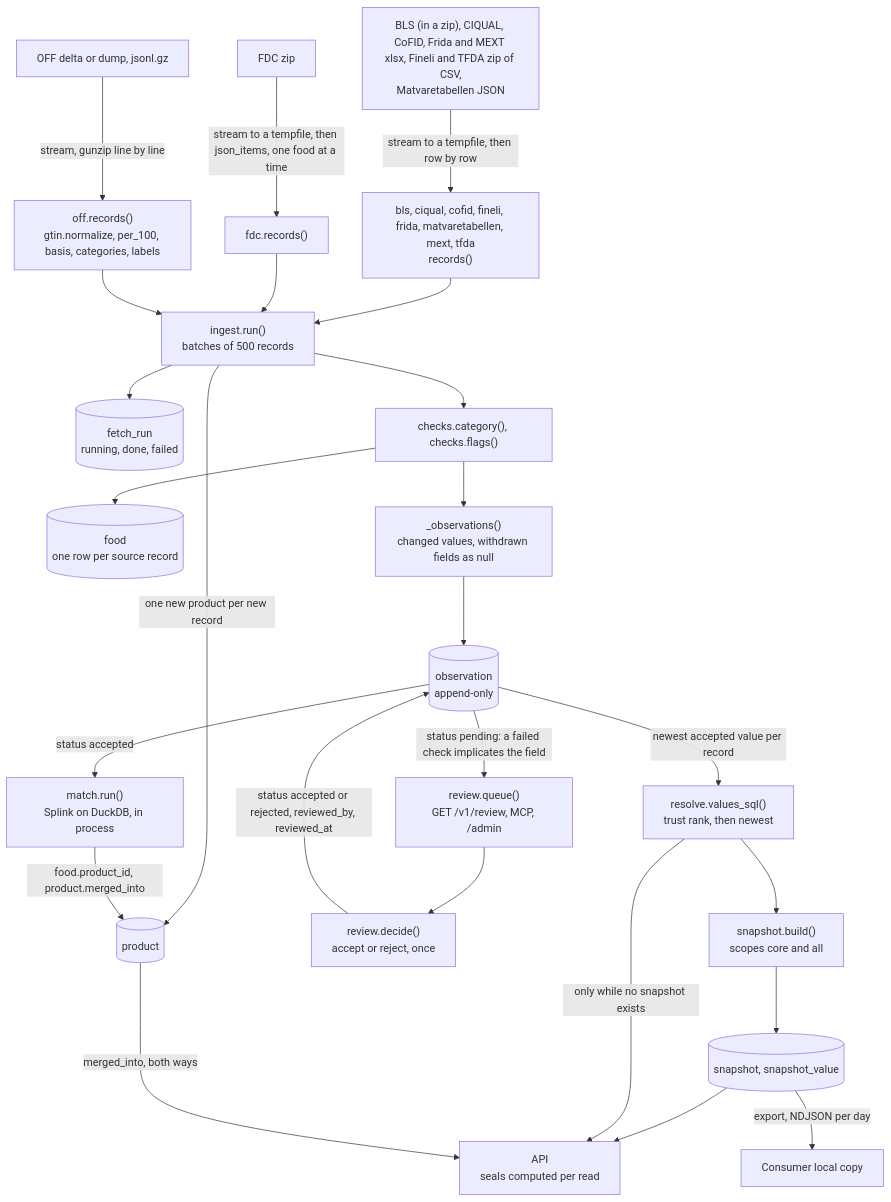
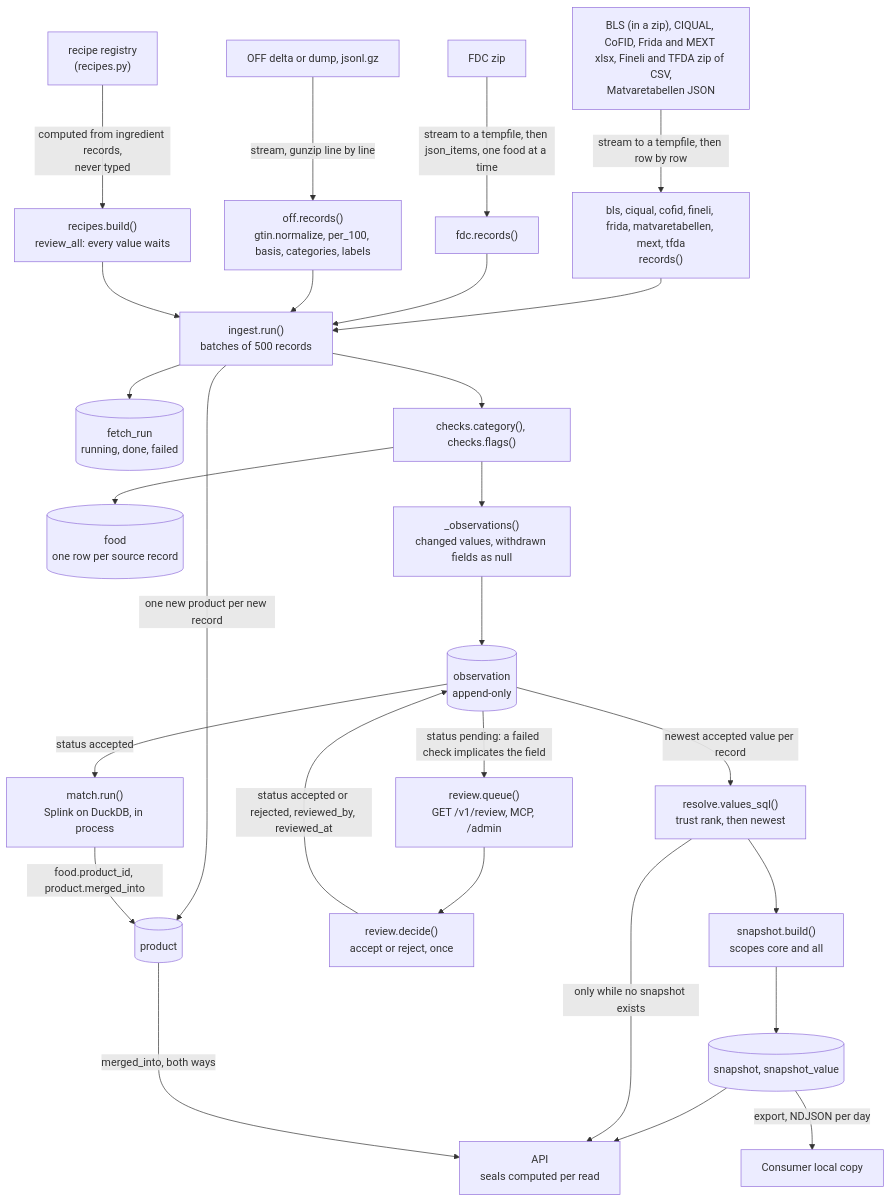
The third of 19 diagrams in docs/architecture.md (eait-fit/fooddb), drawn with Mermaid before and after one commit. The commit also changed other lines of this file and 12 other files, not shown here.

First line of the commit message:
Recipe layer: dishes computed from ingredient records (#84) (#85)

````diff
--- a/docs/architecture.md
+++ b/docs/architecture.md
@@ -158,27 +158,29 @@
 ```mermaid
 flowchart TD
     fdcsrc["FDC zip"] -->|"stream to a tempfile, then json_items, one food at a time"| fdcrec["fdc.records()"]
     tabsrc["BLS (in a zip), CIQUAL, CoFID, Frida and MEXT xlsx, Fineli and TFDA zip of CSV,<br/>Matvaretabellen JSON"] -->|"stream to a tempfile, then row by row"| tabrec["bls, ciqual, cofid, fineli, frida, matvaretabellen, mext, tfda<br/>records()"]
     tabrec --> run
     offsrc["OFF delta or dump, jsonl.gz"] -->|"stream, gunzip line by line"| offrec["off.records()<br/>gtin.normalize, per_100, basis, categories, labels"]
+    reg["recipe registry<br/>(recipes.py)"] -->|"computed from ingredient records,<br/>never typed"| rrec["recipes.build()<br/>review_all: every value waits"]
     fdcrec --> run["ingest.run()<br/>batches of 500 records"]
     offrec --> run
+    rrec --> run
     run --> fr[("fetch_run<br/>running, done, failed")]
     run -->|"one new product per new record"| prod[("product")]
     run --> chk["checks.category(), checks.flags()"]
     chk --> foodt[("food<br/>one row per source record")]
     chk --> diff["_observations()<br/>changed values, withdrawn fields as null"]
     diff --> obs[("observation<br/>append-only")]
     obs -->|"status pending: a failed check implicates the field"| queue["review.queue()<br/>GET /v1/review, MCP, /admin"]
     queue --> decide["review.decide()<br/>accept or reject, once"]
     decide -->|"status accepted or rejected, reviewed_by, reviewed_at"| obs
     obs -->|"status accepted"| match["match.run()<br/>Splink on DuckDB, in process"]
     match -->|"food.product_id, product.merged_into"| prod
     obs -->|"newest accepted value per record"| resolver["resolve.values_sql()<br/>trust rank, then newest"]
     resolver --> snap["snapshot.build()<br/>scopes core and all"]
     snap --> sv[("snapshot, snapshot_value")]
     sv --> api["API<br/>seals computed per read"]
     sv -->|"export, NDJSON per day"| consumer["Consumer local copy"]
     resolver -->|"only while no snapshot exists"| api
     prod -->|"merged_into, both ways"| api
 ```
````
